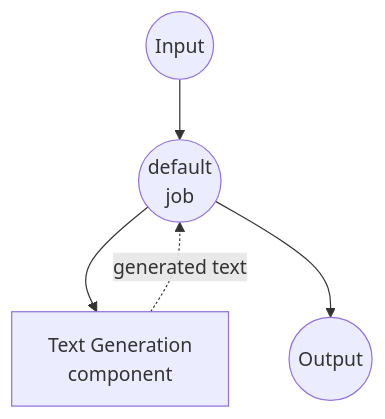
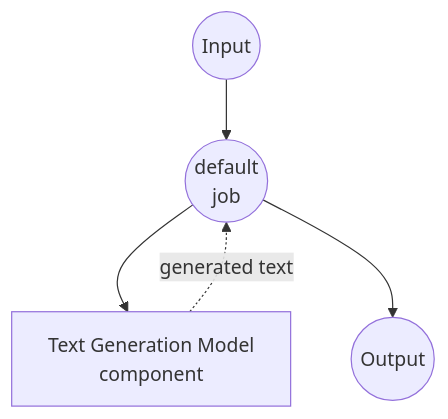
The diagram in examples/model-tasks/text-generation/README.md (hanyeol/model-compose), drawn with Mermaid before and after one commit. The commit also changed 21 other files, not shown here.

````diff
--- a/examples/model-tasks/text-generation/README.md
+++ b/examples/model-tasks/text-generation/README.md
@@ -107,16 +107,16 @@
 ```mermaid
 graph TD
     %% Default job (implicit)
     J1((default<br/>job))
 
     %% Component
-    C1[Text Generation<br/>component]
+    C1[Text Generation Model<br/>component]
 
     %% Job to component connections (solid: invokes, dotted: returns)
     J1 --> C1
     C1 -.-> |generated text| J1
 
     %% Input/Output
     Input((Input)) --> J1
     J1 --> Output((Output))
 ```
````
